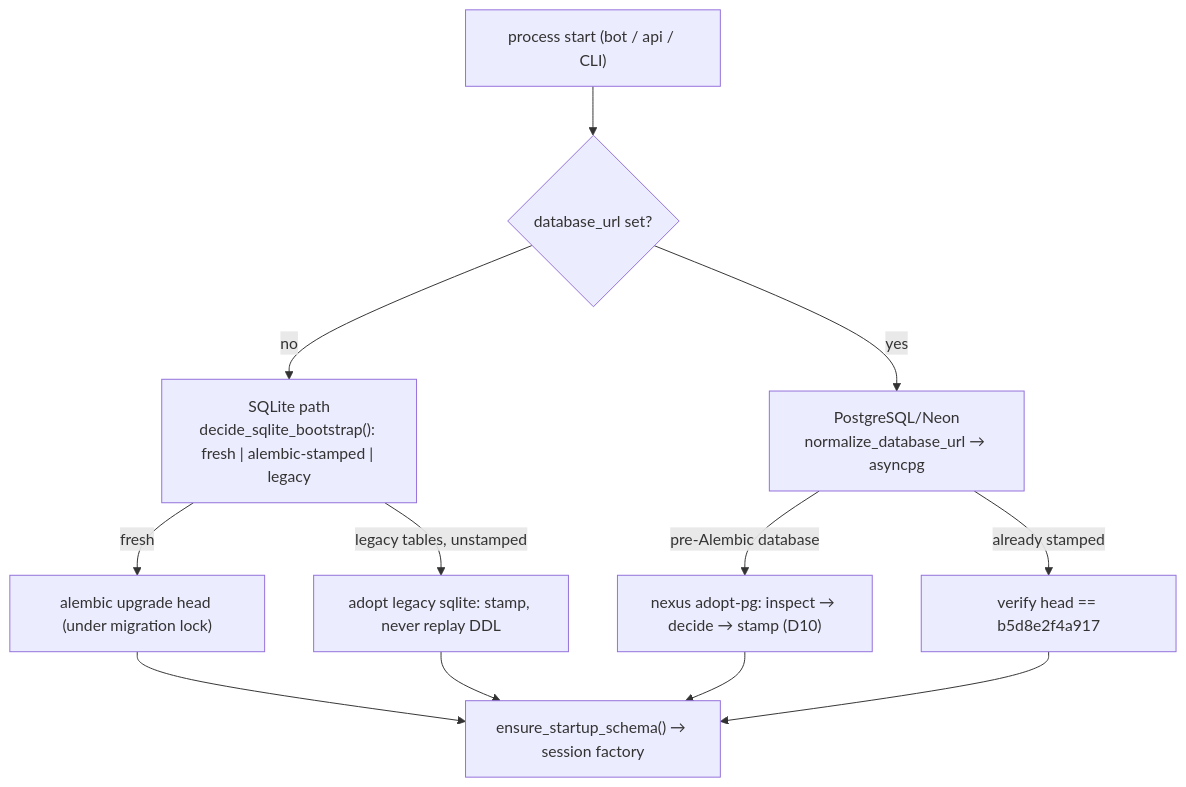
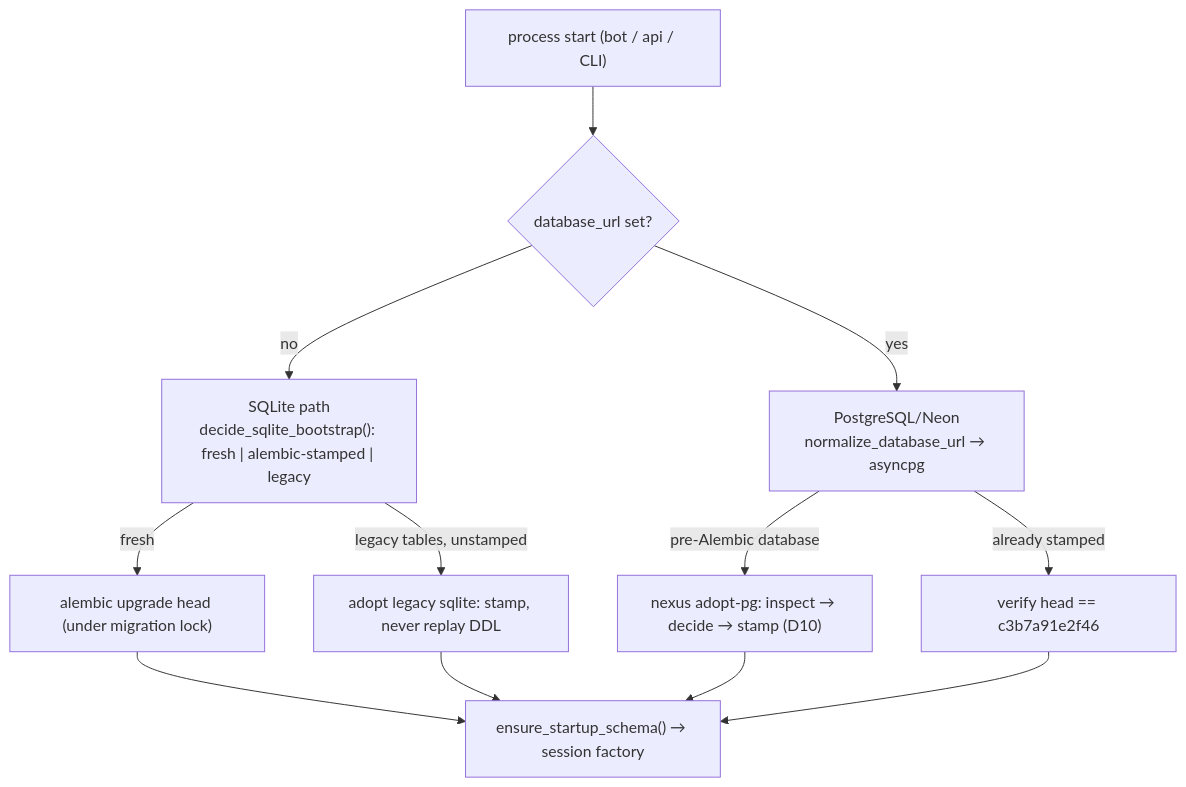
One commit to bot523h/nexus-ai-agent changed the fifth of 7 diagrams in docs/architecture/RUNTIME_FLOWS.md. Above: the diagram before and after it, drawn with Mermaid. The commit also changed other lines of this file and 25 other files, not shown here.

````diff
--- a/docs/architecture/RUNTIME_FLOWS.md
+++ b/docs/architecture/RUNTIME_FLOWS.md
@@ -158,14 +158,14 @@
 ```mermaid
 flowchart TD
     start["process start (bot / api / CLI)"] --> decide{"database_url set?"}
     decide -->|no| sqlite["SQLite path<br/>decide_sqlite_bootstrap(): fresh | alembic-stamped | legacy"]
     decide -->|yes| pg["PostgreSQL/Neon<br/>normalize_database_url → asyncpg"]
     sqlite -->|fresh| up["alembic upgrade head (under migration lock)"]
     sqlite -->|legacy tables, unstamped| adopt["adopt legacy sqlite: stamp, never replay DDL"]
     pg -->|pre-Alembic database| adoptpg["nexus adopt-pg: inspect → decide → stamp (D10)"]
-    pg -->|already stamped| head["verify head == b5d8e2f4a917"]
+    pg -->|already stamped| head["verify head == c3b7a91e2f46"]
     up --> ready["ensure_startup_schema() → session factory"]
     adopt --> ready
     adoptpg --> ready
     head --> ready
 ```
````
